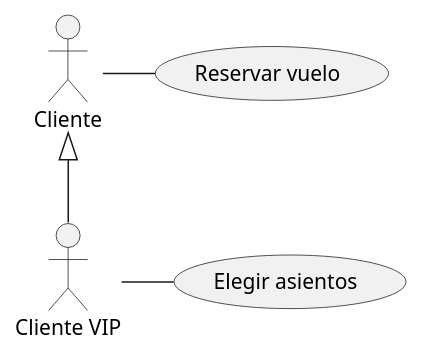
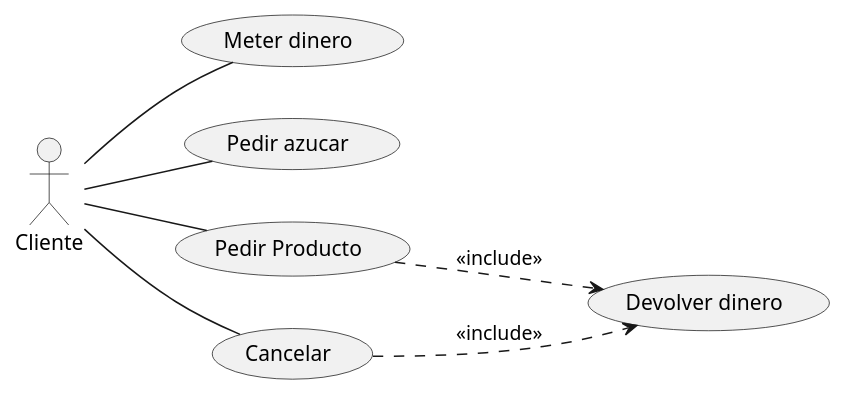
Before and after one commit to CorazaNegra/CasosDeUsos1: the diagram in CasosDeUso1.puml, drawn with PlantUML.

Commit message:
Ejemplo: la máquina de café

```diff
--- a/CasosDeUso1.puml
+++ b/CasosDeUso1.puml
@@ -1,12 +1,19 @@
 @startuml
 
+left to right direction
 actor "Cliente" as cl
-actor "Cliente VIP" as clV
-usecase "Reservar vuelo" as UC1
-usecase "Elegir asientos" as UC2
 
-cl -right- UC1
-clV -right- UC2
-clV -up-|> cl
+usecase "Meter dinero" as UC1
+usecase "Pedir azucar" as UC2
+usecase "Pedir Producto" as UC3
+usecase "Cancelar" as UC4
+usecase "Devolver dinero" as UC5
+
+cl -- UC1
+cl -- UC2
+cl -- UC3
+cl -- UC4
+UC3 ..> UC5 : <<include>>
+UC4 ..> UC5 : <<include>>
 
 @enduml
```
